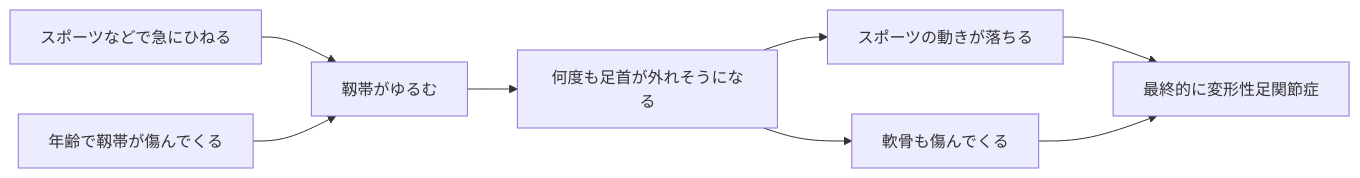
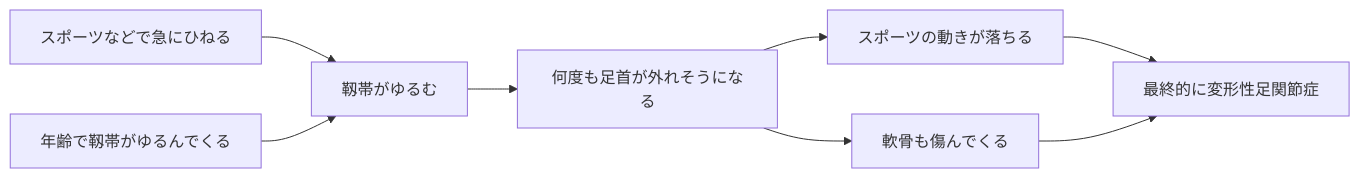
Before and after one commit to TakaOrtho/ogawa-foot-clinic-wiki: the diagram in docs/patient/ankle-instability.md, drawn with Mermaid. The commit also changed other lines of this file, not shown here.

````diff
--- a/docs/patient/ankle-instability.md
+++ b/docs/patient/ankle-instability.md
@@ -27,10 +27,10 @@
 ```mermaid
 flowchart LR
     A[スポーツなどで急にひねる] --> C[靱帯がゆるむ]
-    B[年齢で靱帯が傷んでくる] --> C
+    B[年齢で靱帯がゆるんでくる] --> C
     C --> D[何度も足首が外れそうになる]
     D --> E[スポーツの動きが落ちる]
     D --> F[軟骨も傷んでくる]
     E --> G[最終的に変形性足関節症]
     F --> G
 ```
````
